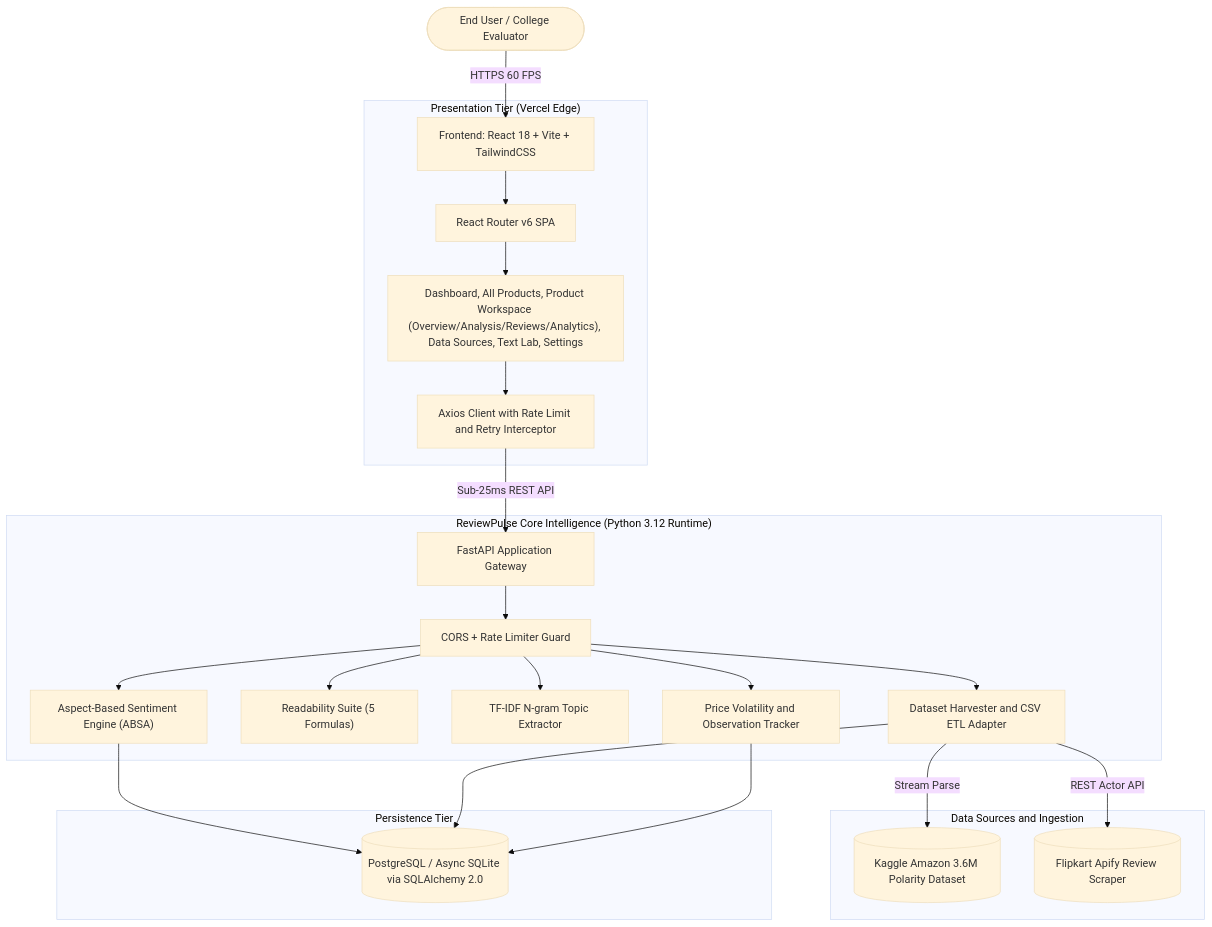
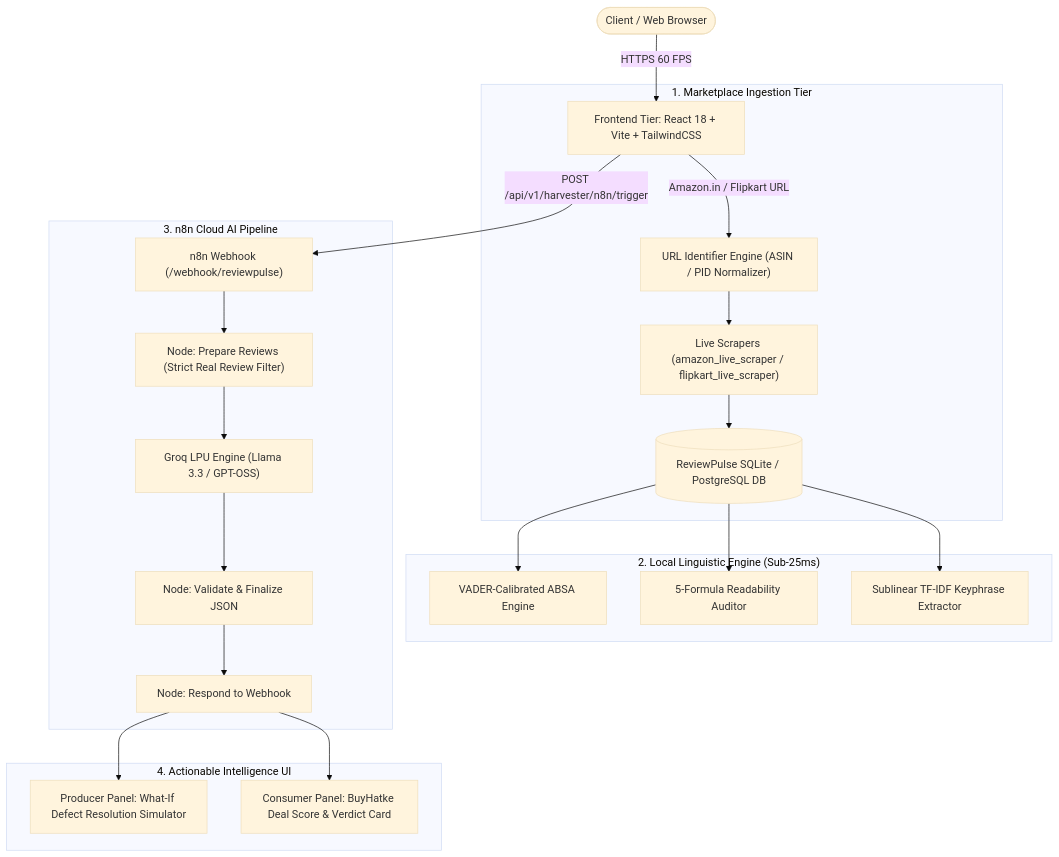
The diagram in README.md (alianassyed84-sys/INDUSTRY-READY-PROGRAM-MJCET), drawn with Mermaid (base theme) before and after one commit. The commit also changed other lines of this file, not shown here.

First line of the commit message:
docs: overhaul README with enterprise Amazon-style specifications

````diff
--- a/README.md
+++ b/README.md
@@ -89,32 +54,29 @@
 ```mermaid
-graph TD
-    User(["End User / College Evaluator"]) -->|HTTPS 60 FPS| UI["Frontend: React 18 + Vite + TailwindCSS"]
+flowchart TD
+    User(["Client / Web Browser"]) -->|HTTPS 60 FPS| WebApp["Frontend Tier: React 18 + Vite + TailwindCSS"]
     
-    subgraph Presentation_Tier ["Presentation Tier (Vercel Edge)"]
-        UI --> Router["React Router v6 SPA"]
-        Router --> Views["Dashboard, All Products, Product Workspace (Overview/Analysis/Reviews/Analytics), Data Sources, Text Lab, Settings"]
-        Views --> ApiClient["Axios Client with Rate Limit and Retry Interceptor"]
+    subgraph Ingestion_Layer ["1. Marketplace Ingestion Tier"]
+        WebApp -->|Amazon.in / Flipkart URL| URLParser["URL Identifier Engine (ASIN / PID Normalizer)"]
+        URLParser --> LiveScrapers["Live Scrapers (amazon_live_scraper / flipkart_live_scraper)"]
+        LiveScrapers --> RealDB[(ReviewPulse SQLite / PostgreSQL DB)]
     end
 
-    ApiClient -->|Sub-25ms REST API| Gateway["FastAPI Application Gateway"]
-    
-    subgraph ReviewPulse_Core ["ReviewPulse Core Intelligence (Python 3.12 Runtime)"]
-        Gateway --> SecurityMiddleware["CORS + Rate Limiter Guard"]
-        SecurityMiddleware --> SentimentEngine["Aspect-Based Sentiment Engine (ABSA)"]
-        SecurityMiddleware --> ReadabilityEngine["Readability Suite (5 Formulas)"]
-        SecurityMiddleware --> TopicEngine["TF-IDF N-gram Topic Extractor"]
-        SecurityMiddleware --> HarvesterService["Dataset Harvester and CSV ETL Adapter"]
-        SecurityMiddleware --> PriceService["Price Volatility and Observation Tracker"]
+    subgraph Fast_Linguistic_Tier ["2. Local Linguistic Engine (Sub-25ms)"]
+        RealDB --> ABSA["VADER-Calibrated ABSA Engine"]
+        RealDB --> Readability["5-Formula Readability Auditor"]
+        RealDB --> TFIDF["Sublinear TF-IDF Keyphrase Extractor"]
     end
 
-    subgraph Data_Sources ["Data Sources and Ingestion"]
-        HarvesterService -->|Stream Parse| KaggleHub[("Kaggle Amazon 3.6M Polarity Dataset")]
-        HarvesterService -->|REST Actor API| ApifyActor[("Flipkart Apify Review Scraper")]
+    subgraph Automation_Tier ["3. n8n Cloud AI Pipeline"]
+        WebApp -->|POST /api/v1/harvester/n8n/trigger| N8nGateway["n8n Webhook (/webhook/reviewpulse)"]
+        N8nGateway --> PrepareReviews["Node: Prepare Reviews (Strict Real Review Filter)"]
+        PrepareReviews --> GroqLPU["Groq LPU Engine (Llama 3.3 / GPT-OSS)"]
+        GroqLPU --> ValidateJSON["Node: Validate & Finalize JSON"]
+        ValidateJSON --> RespondWebhook["Node: Respond to Webhook"]
     end
 
-    subgraph Persistence_Tier ["Persistence Tier"]
-        SentimentEngine --> DB[("PostgreSQL / Async SQLite via SQLAlchemy 2.0")]
-        HarvesterService --> DB
-        PriceService --> DB
+    subgraph Presentation_Tier ["4. Actionable Intelligence UI"]
+        RespondWebhook --> SimulatorCard["Producer Panel: What-If Defect Resolution Simulator"]
+        RespondWebhook --> AdvisorCard["Consumer Panel: BuyHatke Deal Score & Verdict Card"]
     end
 ```
````
